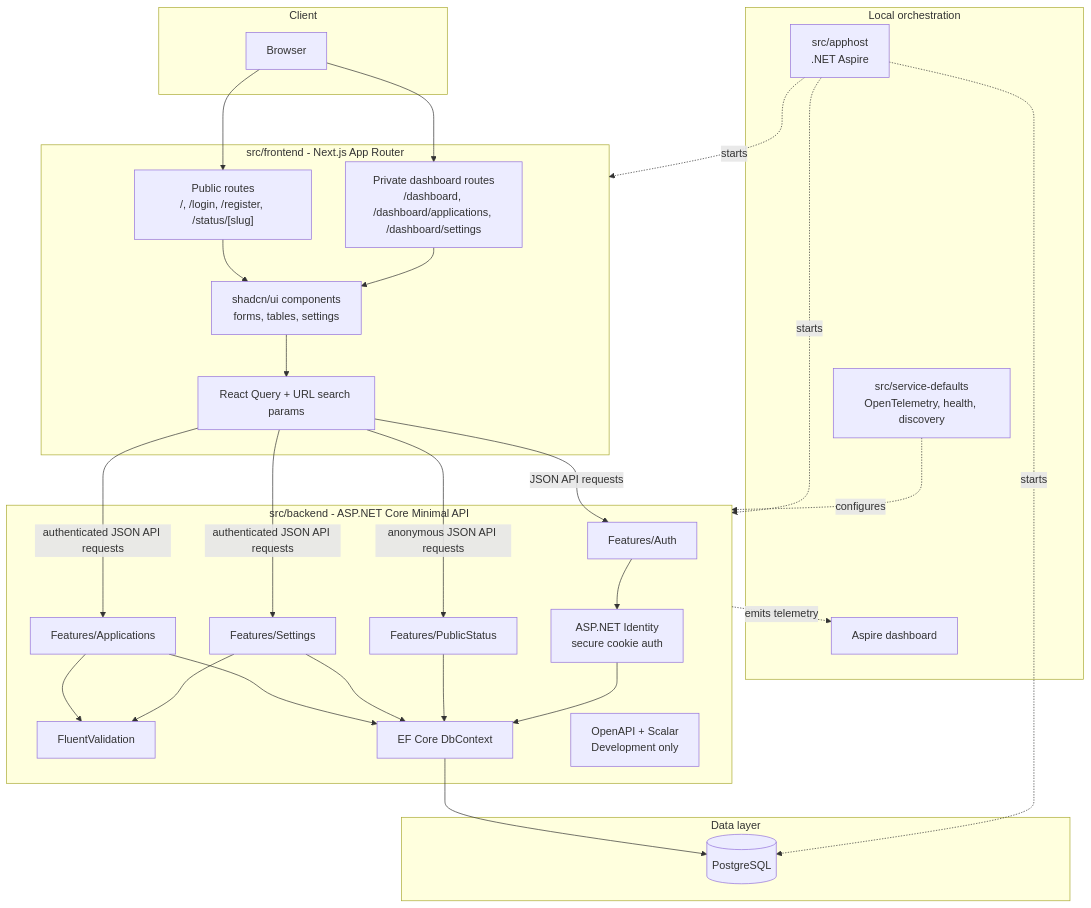
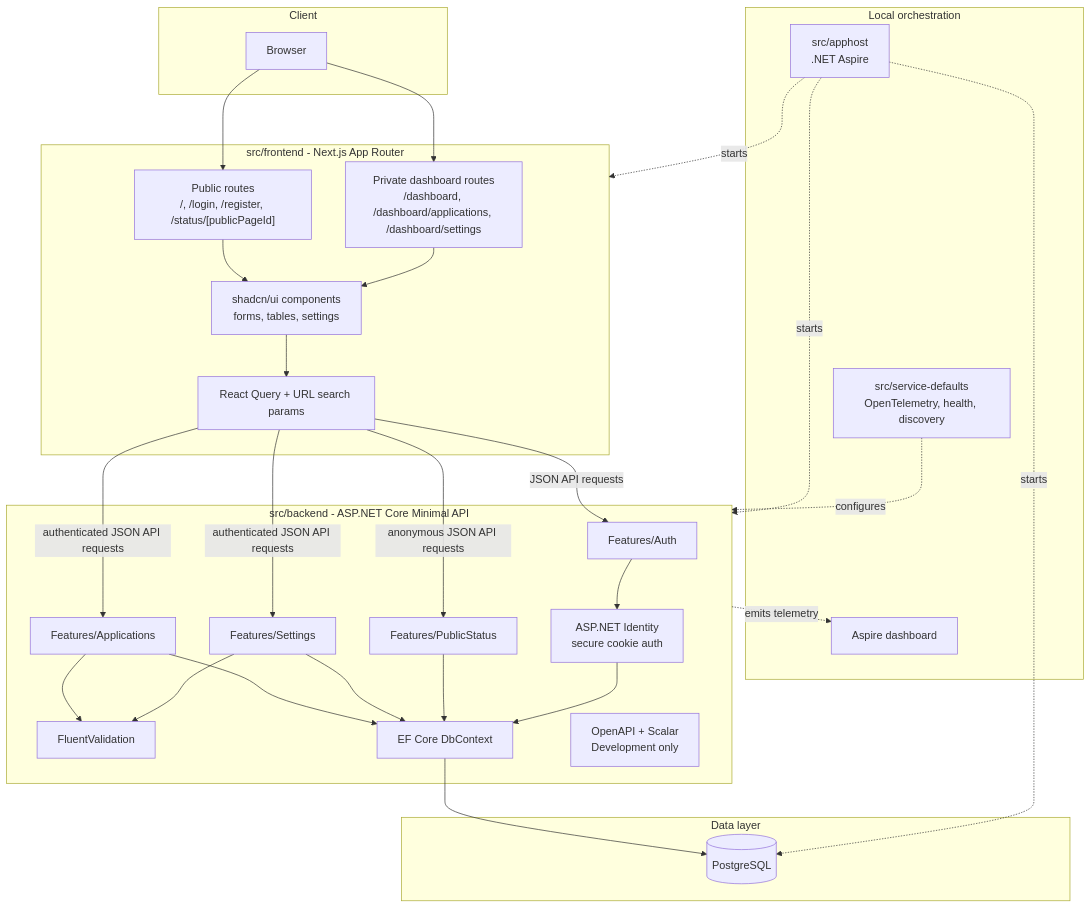
The diagram in docs/diagrams/runtime-container-architecture.md (DPCoderr/NoNeed2Ask), drawn with Mermaid before and after one commit. The commit also changed 38 other files, not shown here.

Commit message:
Replace public slugs with random UUID page identifiers

````diff
--- a/docs/diagrams/runtime-container-architecture.md
+++ b/docs/diagrams/runtime-container-architecture.md
@@ -5,60 +5,60 @@
 ```mermaid
 flowchart TB
     subgraph Client["Client"]
         Browser["Browser"]
     end
 
     subgraph Frontend["src/frontend - Next.js App Router"]
-        PublicRoutes["Public routes\n/, /login, /register, /status/[slug]"]
+        PublicRoutes["Public routes\n/, /login, /register, /status/[publicPageId]"]
         PrivateRoutes["Private dashboard routes\n/dashboard, /dashboard/applications, /dashboard/settings"]
         UI["shadcn/ui components\nforms, tables, settings"]
         QueryState["React Query + URL search params"]
     end
 
     subgraph Backend["src/backend - ASP.NET Core Minimal API"]
         AuthSlice["Features/Auth"]
         ApplicationsSlice["Features/Applications"]
         SettingsSlice["Features/Settings"]
         PublicStatusSlice["Features/PublicStatus"]
         Validation["FluentValidation"]
         EfCore["EF Core DbContext"]
         CookieAuth["ASP.NET Identity\nsecure cookie auth"]
         OpenApi["OpenAPI + Scalar\nDevelopment only"]
     end
 
     subgraph Data["Data layer"]
         Postgres[("PostgreSQL")]
     end
 
     subgraph Ops["Local orchestration"]
         Aspire["src/apphost\n.NET Aspire"]
         ServiceDefaults["src/service-defaults\nOpenTelemetry, health, discovery"]
         AspireDashboard["Aspire dashboard"]
     end
 
     Browser --> PublicRoutes
     Browser --> PrivateRoutes
     PublicRoutes --> UI
     PrivateRoutes --> UI
     UI --> QueryState
 
     QueryState -->|JSON API requests| AuthSlice
     QueryState -->|authenticated JSON API requests| ApplicationsSlice
     QueryState -->|authenticated JSON API requests| SettingsSlice
     QueryState -->|anonymous JSON API requests| PublicStatusSlice
 
     AuthSlice --> CookieAuth
     ApplicationsSlice --> Validation
     SettingsSlice --> Validation
     ApplicationsSlice --> EfCore
     SettingsSlice --> EfCore
     PublicStatusSlice --> EfCore
     CookieAuth --> EfCore
     EfCore --> Postgres
 
     Aspire -. starts .-> Frontend
     Aspire -. starts .-> Backend
     Aspire -. starts .-> Postgres
     ServiceDefaults -. configures .-> Backend
     Backend -. emits telemetry .-> AspireDashboard
 ```
````
